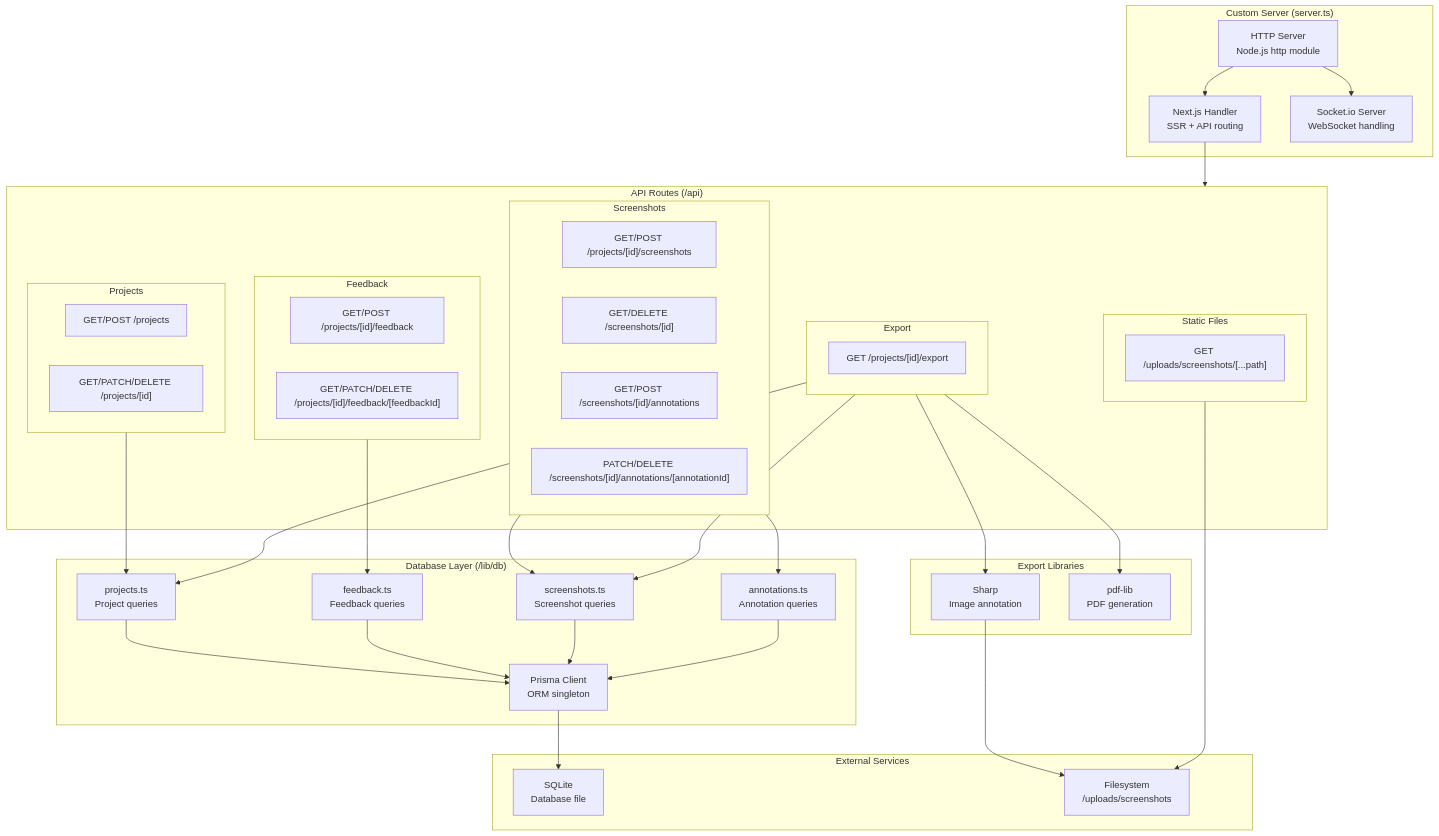
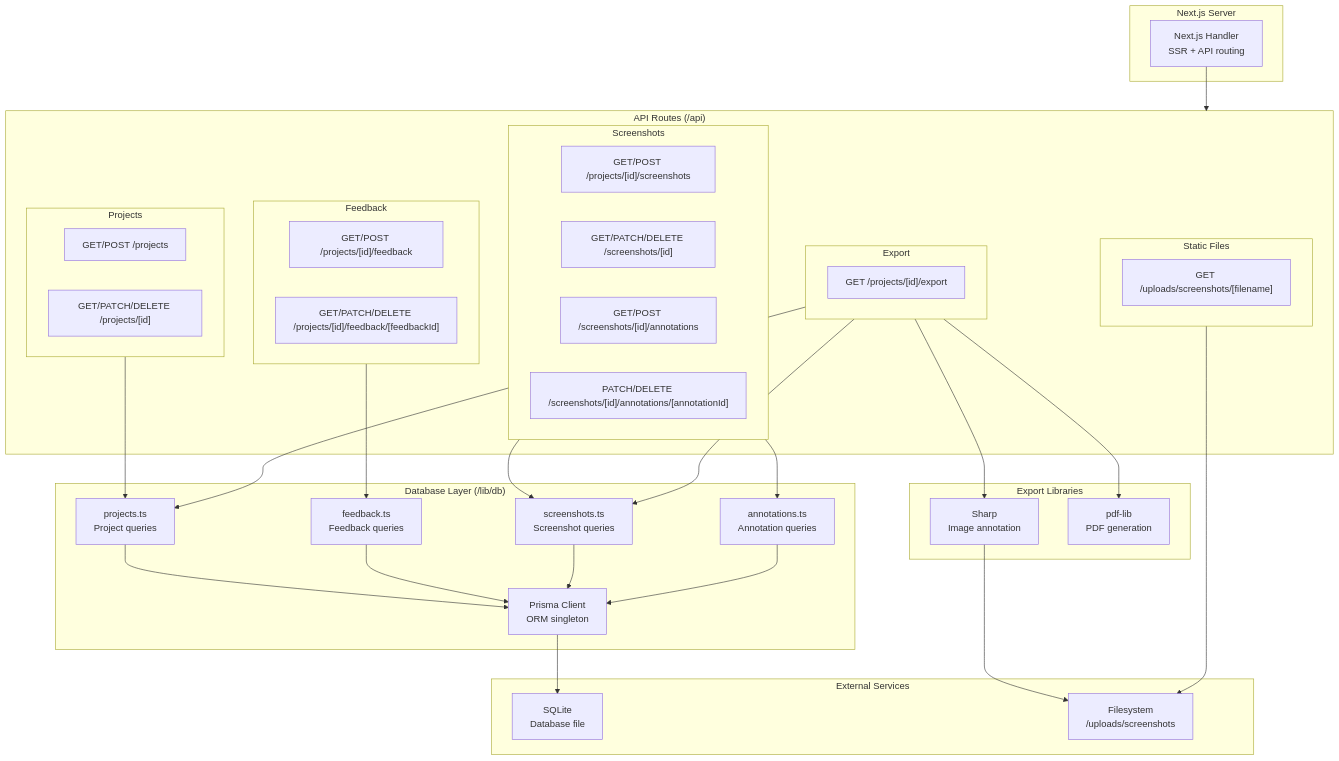
Before and after one commit to xKarinSan/SnapFeed: the fourth of 10 diagrams in docs/DIAGRAMS.md, drawn with Mermaid. The commit also changed other lines of this file and 13 other files, not shown here.

First line of the commit message:
refactor: convert from multi-user to single-user architecture

````diff
--- a/docs/DIAGRAMS.md
+++ b/docs/DIAGRAMS.md
@@ -171,72 +158,67 @@
 ```mermaid
 flowchart TB
-    subgraph Server["Custom Server (server.ts)"]
-        httpserver["HTTP Server<br/>Node.js http module"]
+    subgraph NextServer["Next.js Server"]
         nexthandler["Next.js Handler<br/>SSR + API routing"]
-        socketio["Socket.io Server<br/>WebSocket handling"]
     end
 
     subgraph API["API Routes (/api)"]
         subgraph ProjectsAPI["Projects"]
             projectslist["GET/POST /projects"]
             projectsingle["GET/PATCH/DELETE /projects/[id]"]
         end
         subgraph FeedbackAPI["Feedback"]
             feedbacklist["GET/POST /projects/[id]/feedback"]
             feedbacksingle["GET/PATCH/DELETE /projects/[id]/feedback/[feedbackId]"]
         end
         subgraph ScreenshotsAPI["Screenshots"]
             screenshotslist["GET/POST /projects/[id]/screenshots"]
-            screenshotsingle["GET/DELETE /screenshots/[id]"]
+            screenshotsingle["GET/PATCH/DELETE /screenshots/[id]"]
             annotationslist["GET/POST /screenshots/[id]/annotations"]
             annotationsingle["PATCH/DELETE /screenshots/[id]/annotations/[annotationId]"]
         end
         subgraph ExportAPI["Export"]
             exportmd["GET /projects/[id]/export"]
         end
         subgraph UploadsAPI["Static Files"]
-            uploadsserve["GET /uploads/screenshots/[...path]"]
+            uploadsserve["GET /uploads/screenshots/[filename]"]
         end
     end
 
     subgraph Database["Database Layer (/lib/db)"]
         prisma["Prisma Client<br/>ORM singleton"]
         projectsdb["projects.ts<br/>Project queries"]
         feedbackdb["feedback.ts<br/>Feedback queries"]
         screenshotsdb["screenshots.ts<br/>Screenshot queries"]
         annotationsdb["annotations.ts<br/>Annotation queries"]
     end
 
     subgraph External["External Services"]
         sqlite["SQLite<br/>Database file"]
         filesystem["Filesystem<br/>/uploads/screenshots"]
     end
 
     subgraph ExportLib["Export Libraries"]
         sharp["Sharp<br/>Image annotation"]
         pdflib["pdf-lib<br/>PDF generation"]
     end
 
-    httpserver --> nexthandler
-    httpserver --> socketio
-
     nexthandler --> API
 
     ProjectsAPI --> projectsdb
     FeedbackAPI --> feedbackdb
     ScreenshotsAPI --> screenshotsdb
     ScreenshotsAPI --> annotationsdb
     ExportAPI --> projectsdb
     ExportAPI --> screenshotsdb
     ExportAPI --> sharp
     ExportAPI --> pdflib
     UploadsAPI --> filesystem
 
     projectsdb --> prisma
     feedbackdb --> prisma
     screenshotsdb --> prisma
     annotationsdb --> prisma
 
     prisma --> sqlite
     sharp --> filesystem
 ```
````
